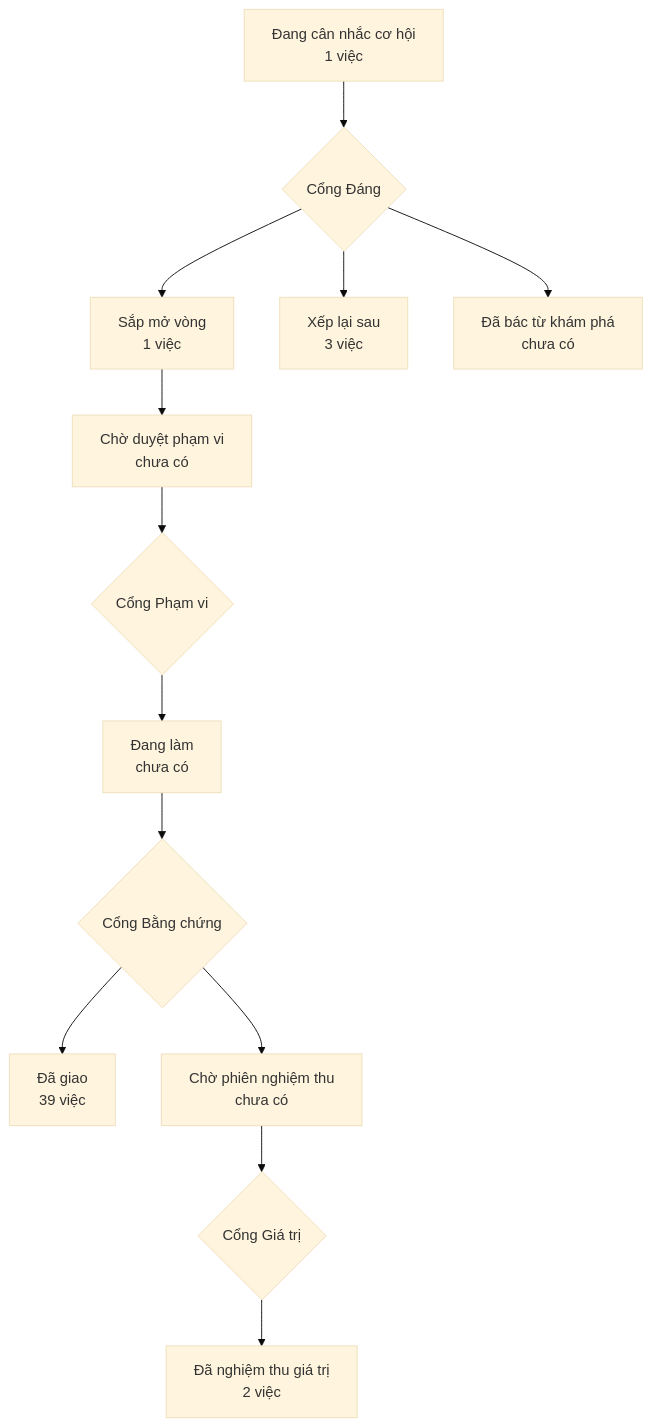
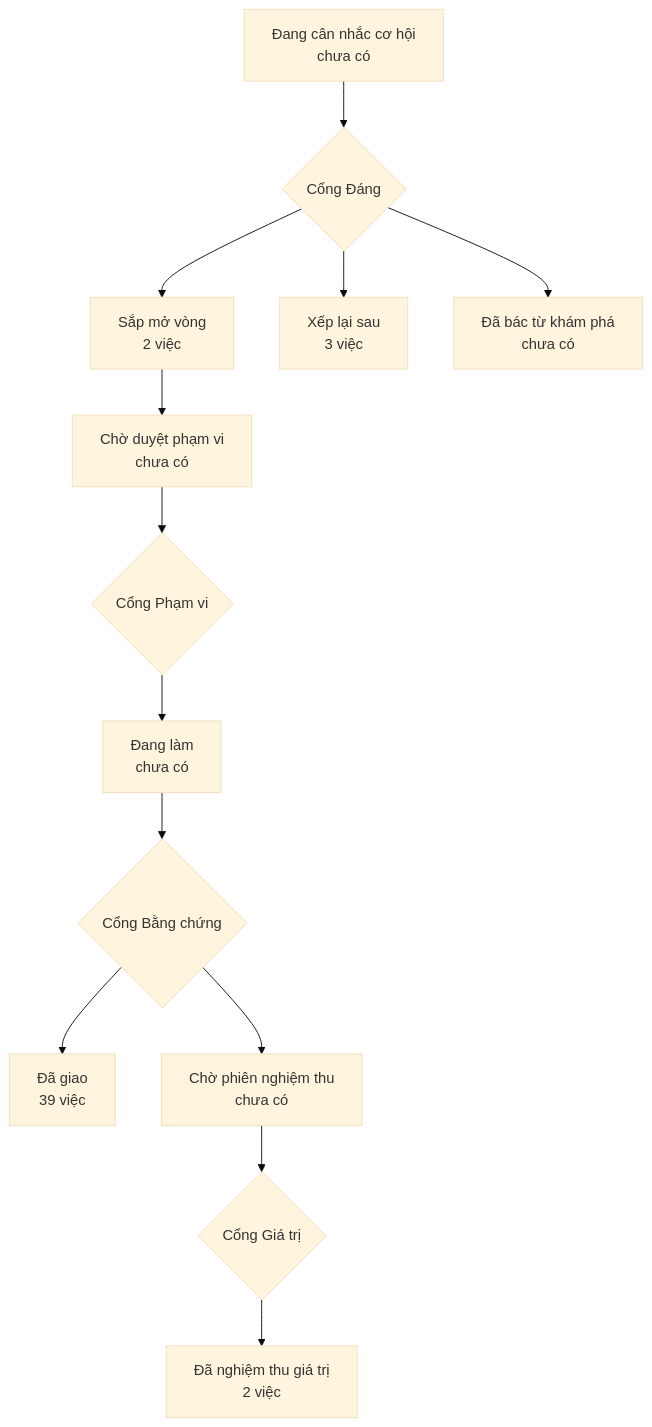
The diagram in PRODUCT-MAP.md (phanlemanh/OneFlow), drawn with Mermaid (base theme) before and after one commit. The commit also changed other lines of this file and 1 other file, not shown here.

Commit message:
feat(acceptance): ký Cổng Đáng của director-sinh-instance — B8 decision build
Chủ kho gõ «build» trong phiên 14/10/2026; disposition archive, ngưỡng
riêng (gỡ [đề xuất]), decided_by Phan Le Manh nhận nguyên từ dòng máy điền
sẵn. Ô sang stage: decided — dãy P2 của đợt of1 mở được từ 20/10. Dừng ở
Cổng Đáng; S1 chạy trong đợt. PRODUCT-MAP.md vẽ lại.

````diff
--- a/PRODUCT-MAP.md
+++ b/PRODUCT-MAP.md
@@ -6,12 +6,12 @@
 ```mermaid
 flowchart TD
-  A["Đang cân nhắc cơ hội<br/>1 việc"] --> GD{"Cổng Đáng"}
-  GD --> B["Sắp mở vòng<br/>1 việc"]
+  A["Đang cân nhắc cơ hội<br/>chưa có"] --> GD{"Cổng Đáng"}
+  GD --> B["Sắp mở vòng<br/>2 việc"]
   GD --> XL["Xếp lại sau<br/>3 việc"]
   GD --> DB["Đã bác từ khám phá<br/>chưa có"]
   B --> CD["Chờ duyệt phạm vi<br/>chưa có"] --> GP{"Cổng Phạm vi"}
   GP --> DL["Đang làm<br/>chưa có"] --> GB{"Cổng Bằng chứng"}
   GB --> DG["Đã giao<br/>39 việc"]
   GB --> CN["Chờ phiên nghiệm thu<br/>chưa có"] --> GG{"Cổng Giá trị"}
   GG --> NT["Đã nghiệm thu giá trị<br/>2 việc"]
 ```
````
